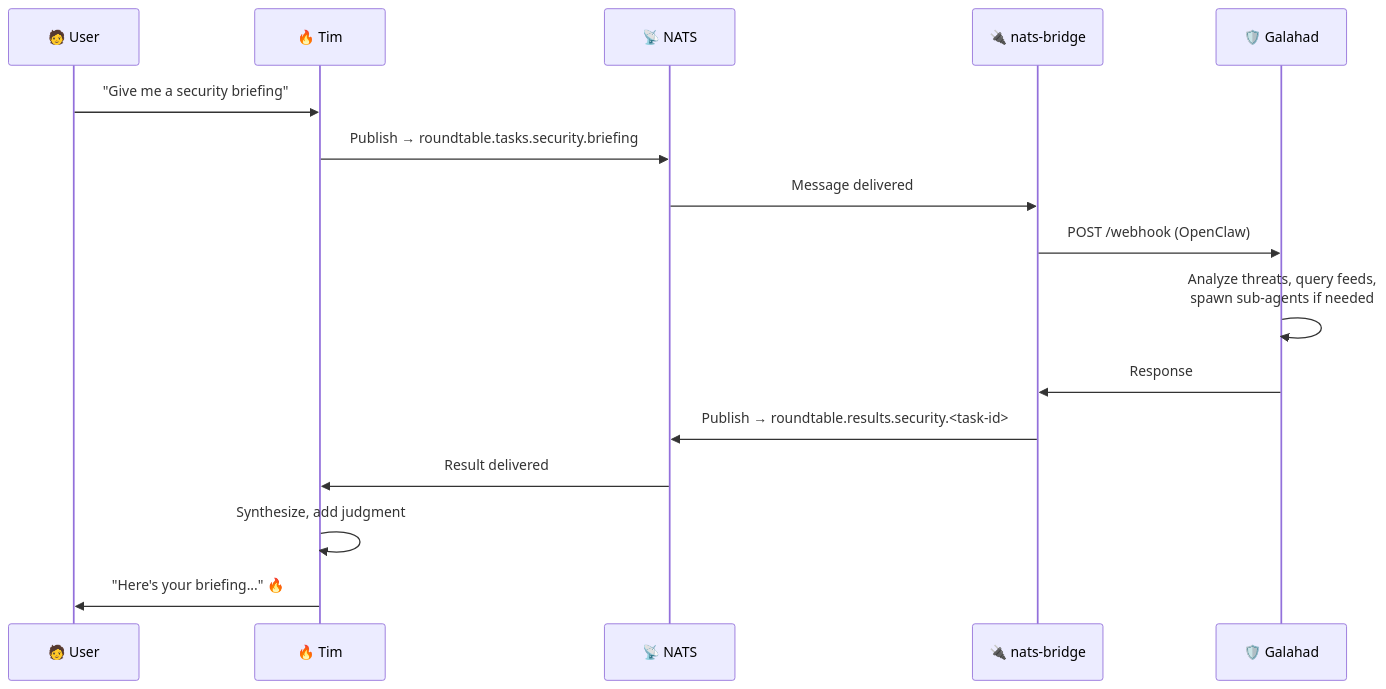
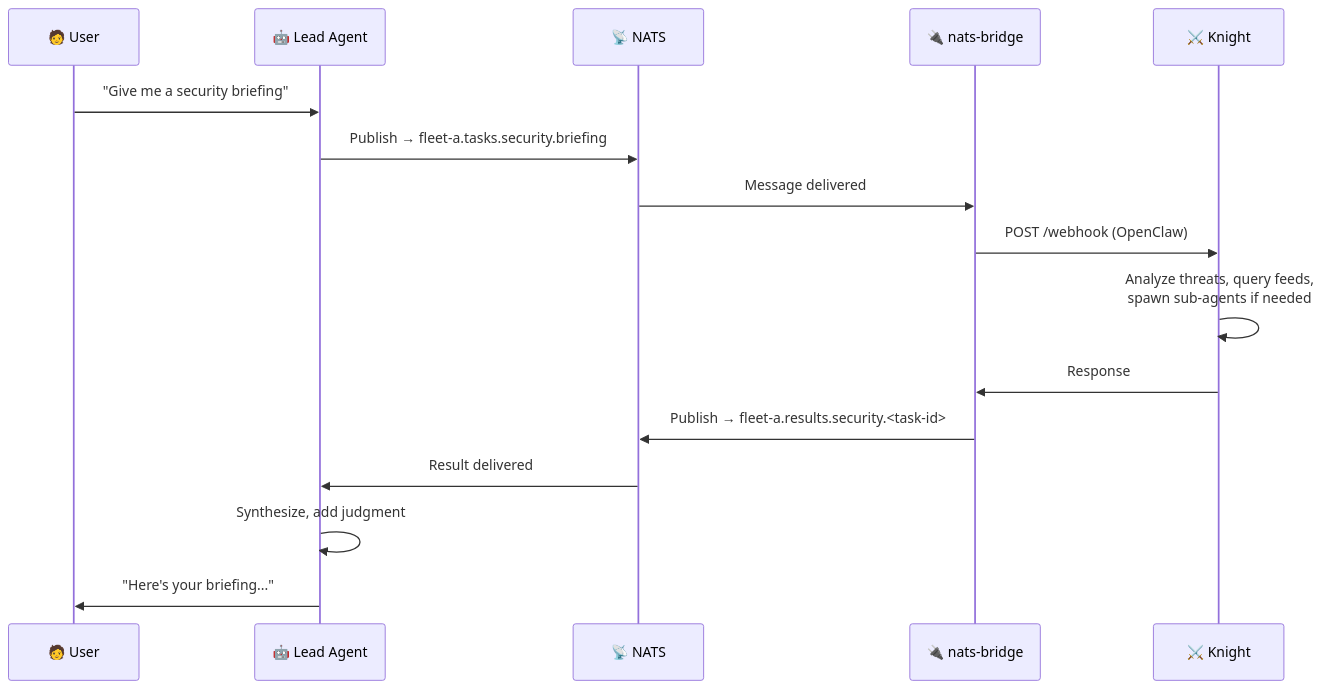
The third of 4 diagrams in README.md (dapperdivers/roundtable), drawn with Mermaid before and after one commit. The commit also changed other lines of this file and 3 other files, not shown here.

First line of the commit message:
refactor: fleet-scoped architecture — replicable agent groups

````diff
--- a/README.md
+++ b/README.md
@@ -68,19 +78,19 @@
 ```mermaid
 sequenceDiagram
     participant U as 🧑 User
-    participant T as 🔥 Tim
+    participant L as 🤖 Lead Agent
     participant N as 📡 NATS
     participant B as 🔌 nats-bridge
-    participant K as 🛡️ Galahad
+    participant K as ⚔️ Knight
 
-    U->>T: "Give me a security briefing"
-    T->>N: Publish → roundtable.tasks.security.briefing
+    U->>L: "Give me a security briefing"
+    L->>N: Publish → fleet-a.tasks.security.briefing
     N->>B: Message delivered
     B->>K: POST /webhook (OpenClaw)
     K->>K: Analyze threats, query feeds,<br/>spawn sub-agents if needed
     K->>B: Response
-    B->>N: Publish → roundtable.results.security.<task-id>
-    N->>T: Result delivered
-    T->>T: Synthesize, add judgment
-    T->>U: "Here's your briefing..." 🔥
+    B->>N: Publish → fleet-a.results.security.<task-id>
+    N->>L: Result delivered
+    L->>L: Synthesize, add judgment
+    L->>U: "Here's your briefing..."
 ```
````
